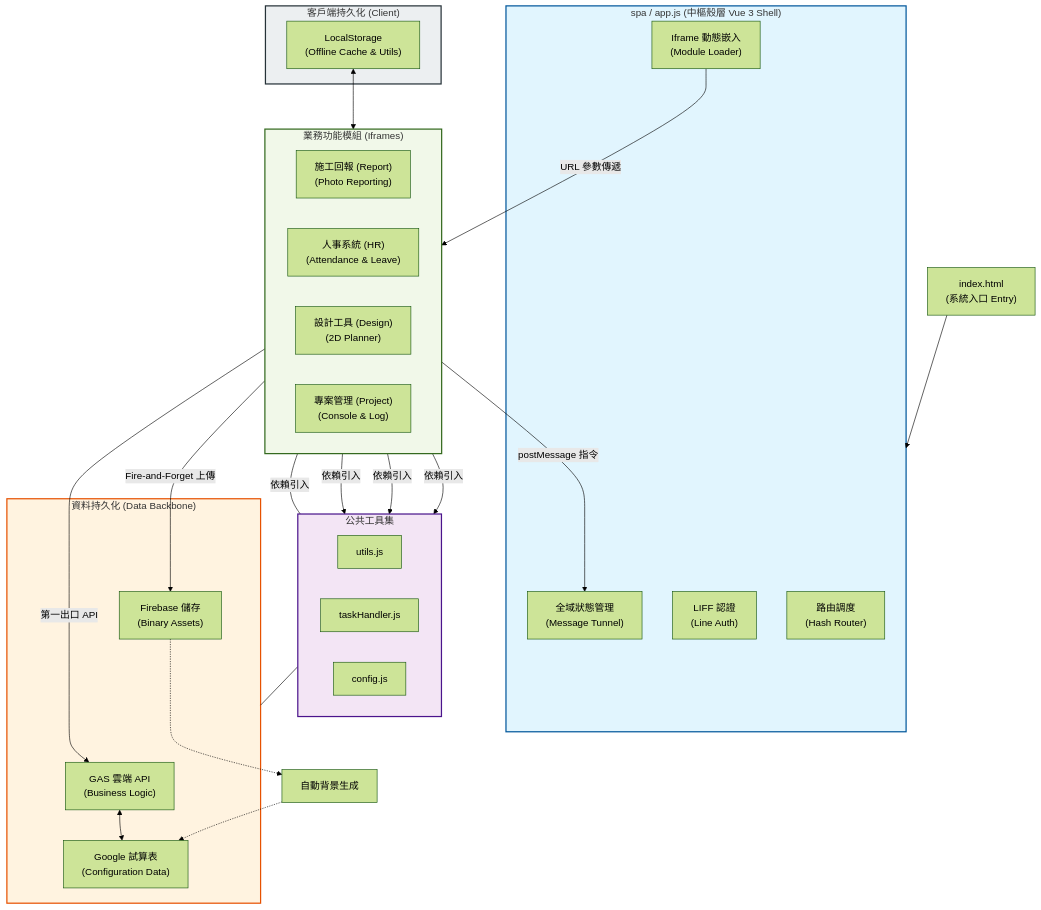
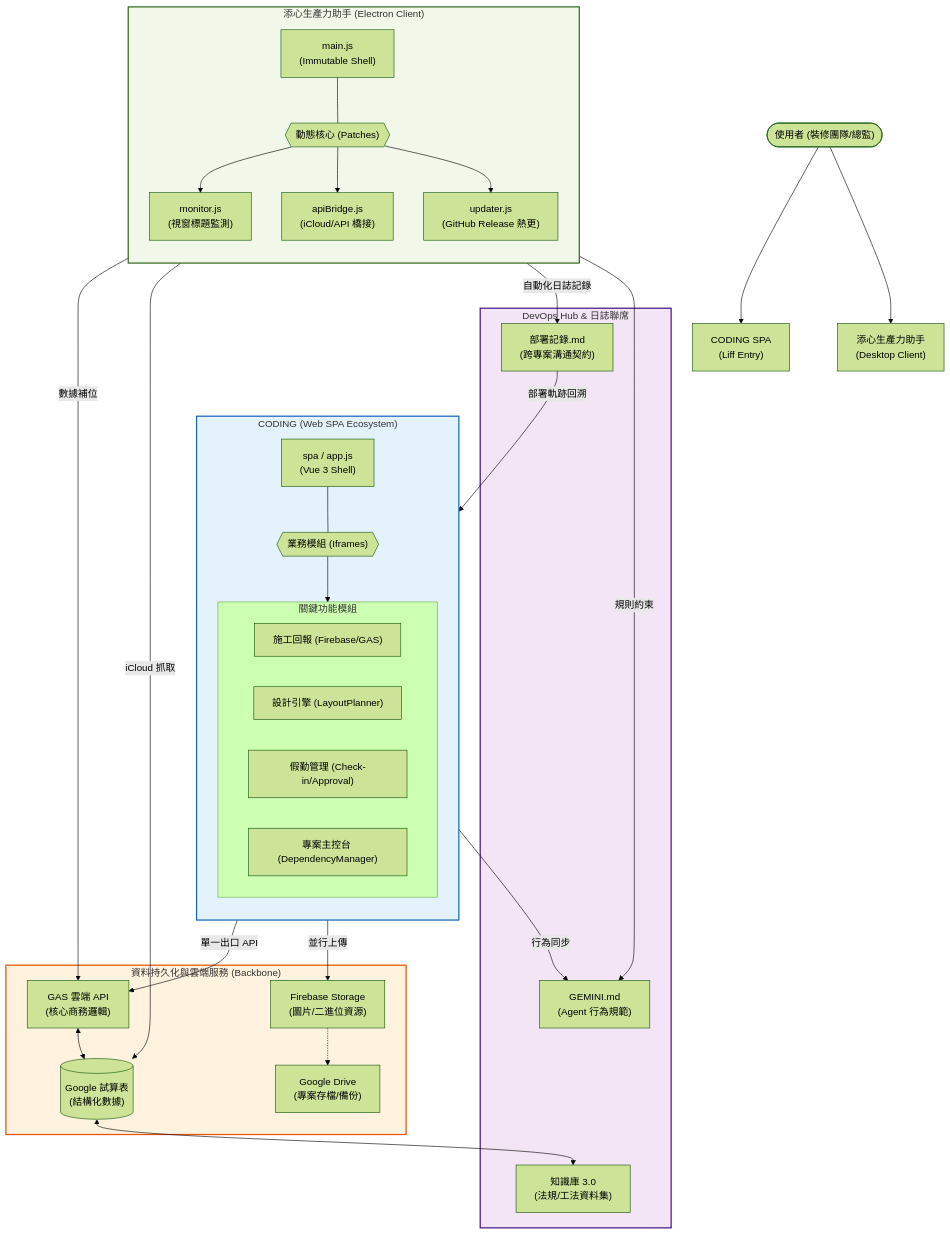
One commit to nephi4377/liff-checkin changed the diagram in SPEC/07_SYSTEM_FLOW_MAP.md. Above: the diagram before and after it, drawn with Mermaid (forest theme). The commit also changed other lines of this file and 13 other files, not shown here.

Commit message:
feat(deploy): v26.03.17.1312 at 20260317_1313 (Refactored Core)

````diff
--- a/SPEC/07_SYSTEM_FLOW_MAP.md
+++ b/SPEC/07_SYSTEM_FLOW_MAP.md
@@ -7,67 +14,76 @@
 ```mermaid
 graph TD
-    %% Entry
-    Entry["index.html<br/>(系統入口 Entry)"] --> Shell
+    %% Ecosystem Entry
+    USER(["使用者 (裝修團隊/總監)"]) --> WEB_ENTRY["CODING SPA<br/>(Liff Entry)"]
+    USER --> CLIENT_ENTRY["添心生產力助手<br/>(Desktop Client)"]
 
-    %% Shell Layer (Blue Box)
-    subgraph Shell ["spa / app.js (中樞殼層 Vue 3 Shell)"]
-        LIFF["LIFF 認證<br/>(Line Auth)"]
-        Tunnel["全域狀態管理<br/>(Message Tunnel)"]
-        Router["路由調度<br/>(Hash Router)"]
-        Loader["Iframe 動態嵌入<br/>(Module Loader)"]
+    %% CODING Web SPA Layer
+    subgraph CODING ["CODING (Web SPA Ecosystem)"]
+        direction TB
+        Shell["spa / app.js<br/>(Vue 3 Shell)"]
+        Modules{{"業務模組 (Iframes)"}}
+        Shell --- Modules
+        
+        subgraph ModDetail ["關鍵功能模組"]
+            direction LR
+            Report["施工回報 (Firebase/GAS)"]
+            Design["設計引擎 (LayoutPlanner)"]
+            HR["假勤管理 (Check-in/Approval)"]
+            Project["專案主控台 (DependencyManager)"]
+        end
+        Modules --> ModDetail
     end
 
-    %% Modules Layer (Green Box)
-    subgraph Modules ["業務功能模組 (Iframes)"]
-        direction LR
-        Report["施工回報 (Report)<br/>(Photo Reporting)"]
-        HR["人事系統 (HR)<br/>(Attendance & Leave)"]
-        Design["設計工具 (Design)<br/>(2D Planner)"]
-        Project["專案管理 (Project)<br/>(Console & Log)"]
+    %% Productivity Assistant Layer (Electron)
+    subgraph Assistant ["添心生產力助手 (Electron Client)"]
+        direction TB
+        Main["main.js<br/>(Immutable Shell)"]
+        DynamicCore{{"動態核心 (Patches)"}}
+        Monitor["monitor.js<br/>(視窗標題監測)"]
+        API_Bridge["apiBridge.js<br/>(iCloud/API 橋接)"]
+        Updater["updater.js<br/>(GitHub Release 熱更)"]
+        
+        Main --- DynamicCore
+        DynamicCore --> Monitor
+        DynamicCore --> API_Bridge
+        DynamicCore --> Updater
+    end
+
+    %% Backend & Persistence
+    subgraph Backbone ["資料持久化與雲端服務 (Backbone)"]
+        GAS["GAS 雲端 API<br/>(核心商務邏輯)"]
+        FBS["Firebase Storage<br/>(圖片/二進位資源)"]
+        Sheets[("Google 試算表<br/>(結構化數據)")]
+        GDisk["Google Drive<br/>(專案存檔/備份)"]
+    end
+
+    %% DevOps & Knowledge Integration
+    subgraph DevOps ["DevOps Hub & 日誌聯席"]
+        DeployLog["部署記錄.md<br/>(跨專案溝通契約)"]
+        GeminiMD["GEMINI.md<br/>(Agent 行為規範)"]
+        KB["知識庫 3.0<br/>(法規/工法資料集)"]
     end
 
     %% Communication Paths
-    Loader -- "URL 參數傳遞" --> Modules
-    Modules -- "postMessage 指令" --> Tunnel
-
-    %% Shared Utilities (Purple Box)
-    subgraph Utilities ["公共工具集"]
-        direction LR
-        Utils["utils.js"]
-        Task["taskHandler.js"]
-        Config["config.js"]
-    end
-    Modules -- "依賴引入" --- Utilities
-
-    %% Persistence Layer (Orange Box)
-    subgraph Persistence ["資料持久化 (Data Backbone)"]
-        GAS["GAS 雲端 API<br/>(Business Logic)"]
-        FBS["Firebase 儲存<br/>(Binary Assets)"]
-        Sheets["Google 試算表<br/>(Configuration Data)"]
-    end
-
-    %% Client Cache (Grey Box)
-    subgraph Client ["客戶端持久化 (Client)"]
-        LStorage["LocalStorage<br/>(Offline Cache & Utils)"]
-    end
-
-    %% Backend Connections
-    Utilities --- Persistence
-    Report -- "第一出口 API" --> GAS
-    Report -- "Fire-and-Forget 上傳" --> FBS
-    HR -- "依賴引入" --> Utilities
-    Project -- "依賴引入" --> Utilities
-    Design -- "依賴引入" --> Utilities
-    LStorage <--> HR
+    ModDetail -- "單一出口 API" --> GAS
+    ModDetail -- "並行上傳" --> FBS
+    API_Bridge -- "數據補位" --> GAS
+    API_Bridge -- "iCloud 抓取" --> Sheets
     
-    FBS -.-> AutoGen["自動背景生成"]
-    AutoGen -.-> Sheets
+    %% DevOps Links
+    Assistant -- "自動化日誌記錄" --> DeployLog
+    DeployLog -- "部署軌跡回溯" --> Shell
+    Assistant -- "規則約束" --> GeminiMD
+    Shell -- "行為同步" --> GeminiMD
+    
+    %% Backend Sync
     GAS <--> Sheets
+    FBS -.-> GDisk
+    Sheets <--> KB
 
     %% Styling
-    style Shell fill:#e1f5fe,stroke:#01579b,stroke-width:2px
-    style Modules fill:#f1f8e9,stroke:#33691e,stroke-width:2px
-    style Utilities fill:#f3e5f5,stroke:#4a148c,stroke-width:2px
-    style Persistence fill:#fff3e0,stroke:#e65100,stroke-width:2px
-    style Client fill:#eceff1,stroke:#263238,stroke-width:2px
+    style CODING fill:#e3f2fd,stroke:#1565c0,stroke-width:2px
+    style Assistant fill:#f1f8e9,stroke:#33691e,stroke-width:2px
+    style Backbone fill:#fff3e0,stroke:#e65100,stroke-width:2px
+    style DevOps fill:#f3e5f5,stroke:#4a148c,stroke-width:2px
 ```
````
